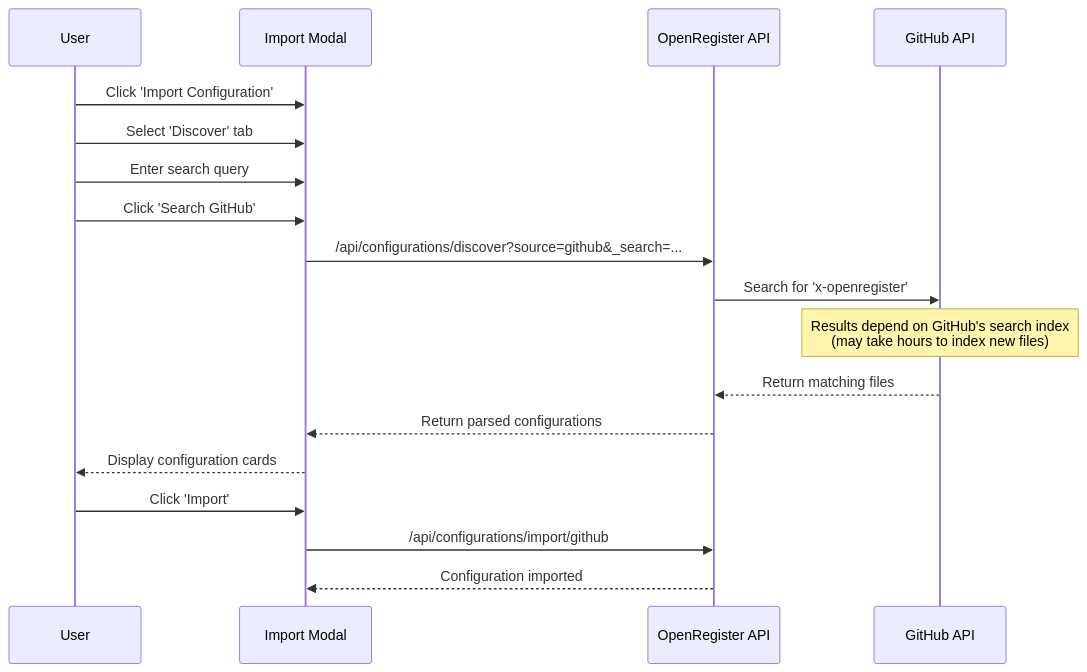
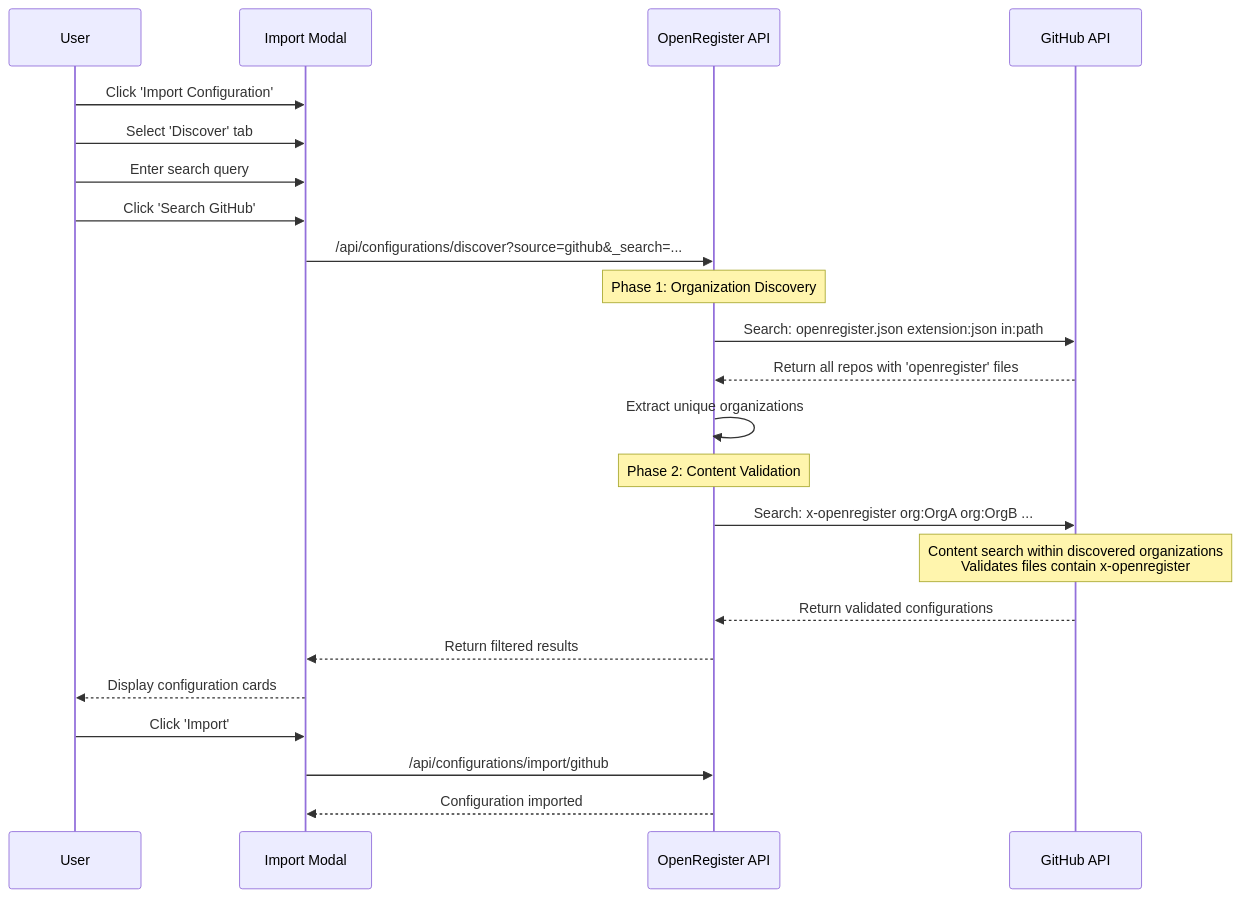
One commit to ConductionNL/openregister changed the eighth of 14 diagrams in website/docs/Features/configurations.md. Above: the diagram before and after it, drawn with Mermaid. The commit also changed other lines of this file and 13 other files, not shown here.

````diff
--- a/website/docs/Features/configurations.md
+++ b/website/docs/Features/configurations.md
@@ -310,21 +334,29 @@
 ```mermaid
 sequenceDiagram
     participant User
     participant UI as Import Modal
     participant API as OpenRegister API
     participant GitHub as GitHub API
     
     User->>UI: Click 'Import Configuration'
     User->>UI: Select 'Discover' tab
     User->>UI: Enter search query
     User->>UI: Click 'Search GitHub'
     UI->>API: /api/configurations/discover?source=github&_search=...
-    API->>GitHub: Search for 'x-openregister'
-    Note over GitHub: Results depend on GitHub's search index<br/>(may take hours to index new files)
-    GitHub-->>API: Return matching files
-    API-->>UI: Return parsed configurations
+    
+    Note over API: Phase 1: Organization Discovery
+    API->>GitHub: Search: openregister.json extension:json in:path
+    GitHub-->>API: Return all repos with 'openregister' files
+    API->>API: Extract unique organizations
+    
+    Note over API: Phase 2: Content Validation
+    API->>GitHub: Search: x-openregister org:OrgA org:OrgB ...
+    Note over GitHub: Content search within discovered organizations<br/>Validates files contain x-openregister
+    GitHub-->>API: Return validated configurations
+    
+    API-->>UI: Return filtered results
     UI-->>User: Display configuration cards
     User->>UI: Click 'Import'
     UI->>API: /api/configurations/import/github
     API-->>UI: Configuration imported
 ```
````
